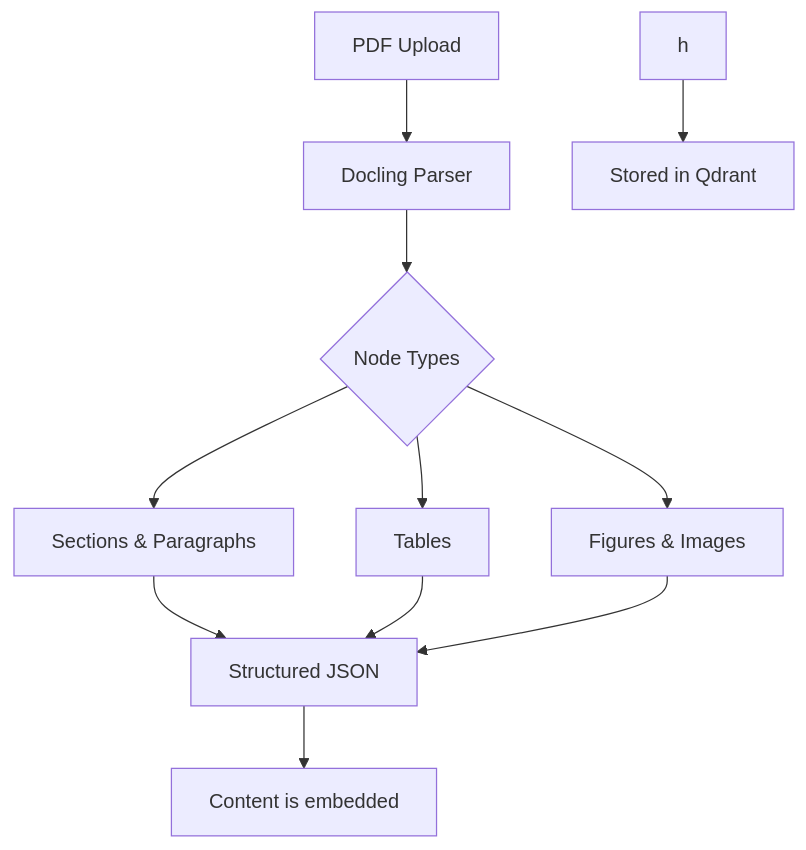
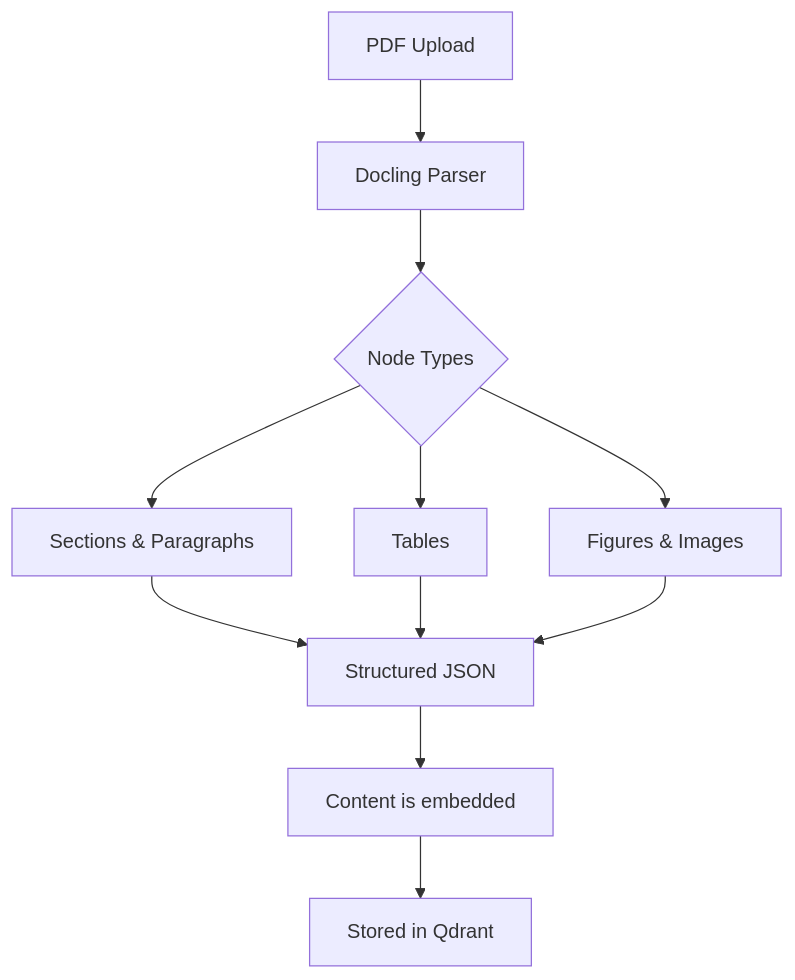
The second of 5 diagrams in README.md (guy1998/glaucus), drawn with Mermaid before and after one commit. The commit also changed 1 other file, not shown here.

Commit message:
added some visual improvements to hovering parts of the md documents

````diff
--- a/README.md
+++ b/README.md
@@ -35,11 +35,11 @@
 ```mermaid
 flowchart TD
     A[PDF Upload] --> B[Docling Parser]
     B --> C{Node Types}
     C --> D[Sections & Paragraphs]
     C --> E[Tables]
     C --> F[Figures & Images]
     D & E & F --> G[Structured JSON]
     G --> H[Content is embedded]
-    h --> I[Stored in Qdrant]
+    H --> I[Stored in Qdrant]
 ```
````
